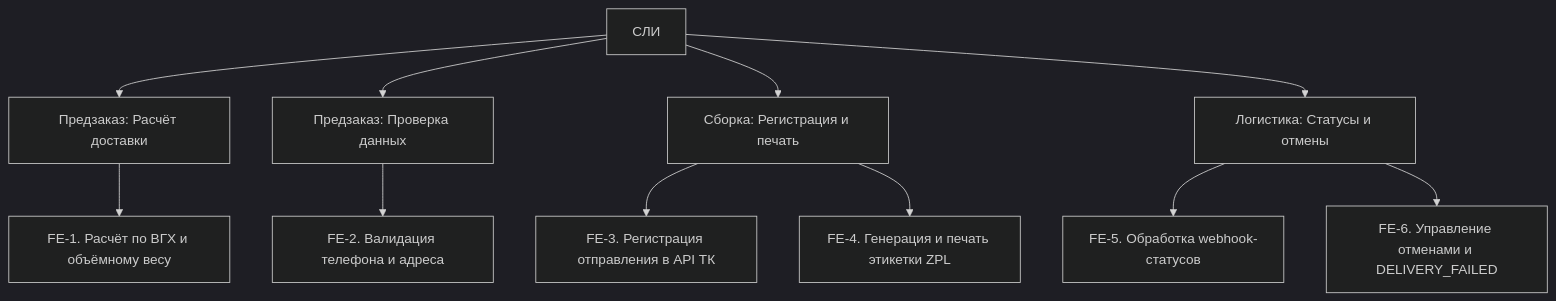
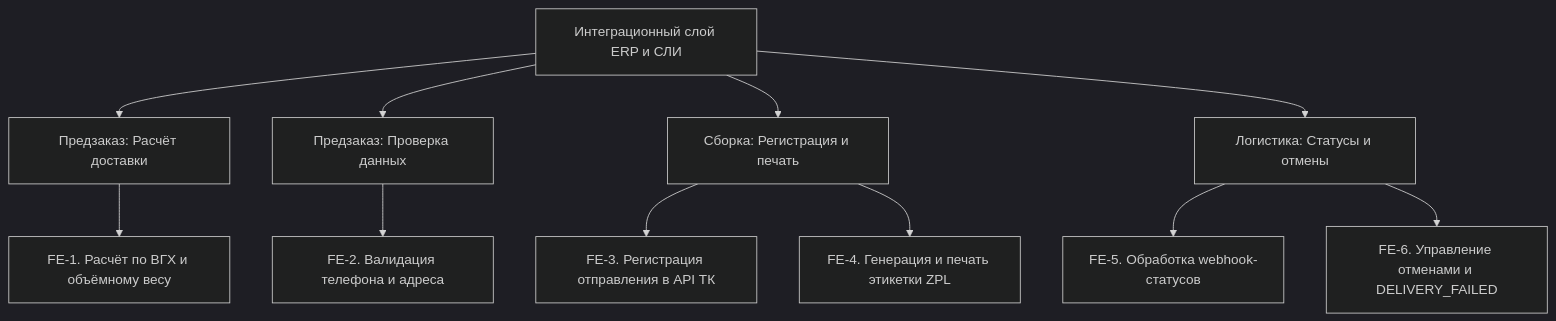
The diagram in variants/07 - Склад/case_concept.md (Fesenko1337/requirements-lab-01--variant-07---warehouse-), drawn with Mermaid (dark theme) before and after one commit. The commit also changed other lines of this file, not shown here.

````diff
--- a/variants/07 - Склад/case_concept.md
+++ b/variants/07 - Склад/case_concept.md
@@ -111,18 +111,18 @@
 ```mermaid
 flowchart TB
-  SYS[СЛИ]
+  SYS[Интеграционный слой ERP и СЛИ]
 
   SYS --> Calc[Предзаказ: Расчёт доставки]
   Calc --> FE1[FE-1. Расчёт по ВГХ и объёмному весу]
 
   SYS --> Valid[Предзаказ: Проверка данных]
   Valid --> FE2[FE-2. Валидация телефона и адреса]
 
   SYS --> Reg[Сборка: Регистрация и печать]
   Reg --> FE3[FE-3. Регистрация отправления в API ТК]
   Reg --> FE4[FE-4. Генерация и печать этикетки ZPL]
 
   SYS --> Status[Логистика: Статусы и отмены]
   Status --> FE5[FE-5. Обработка webhook-статусов]
   Status --> FE6[FE-6. Управление отменами и DELIVERY_FAILED]
 ```
````
